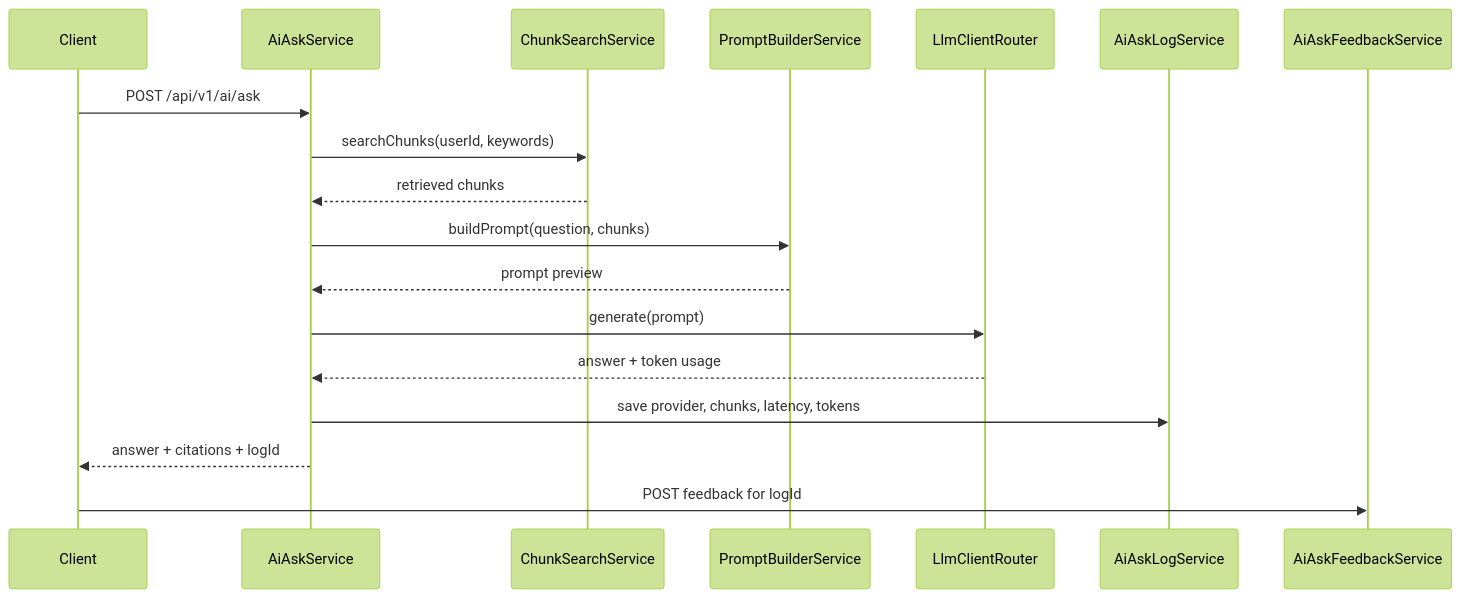
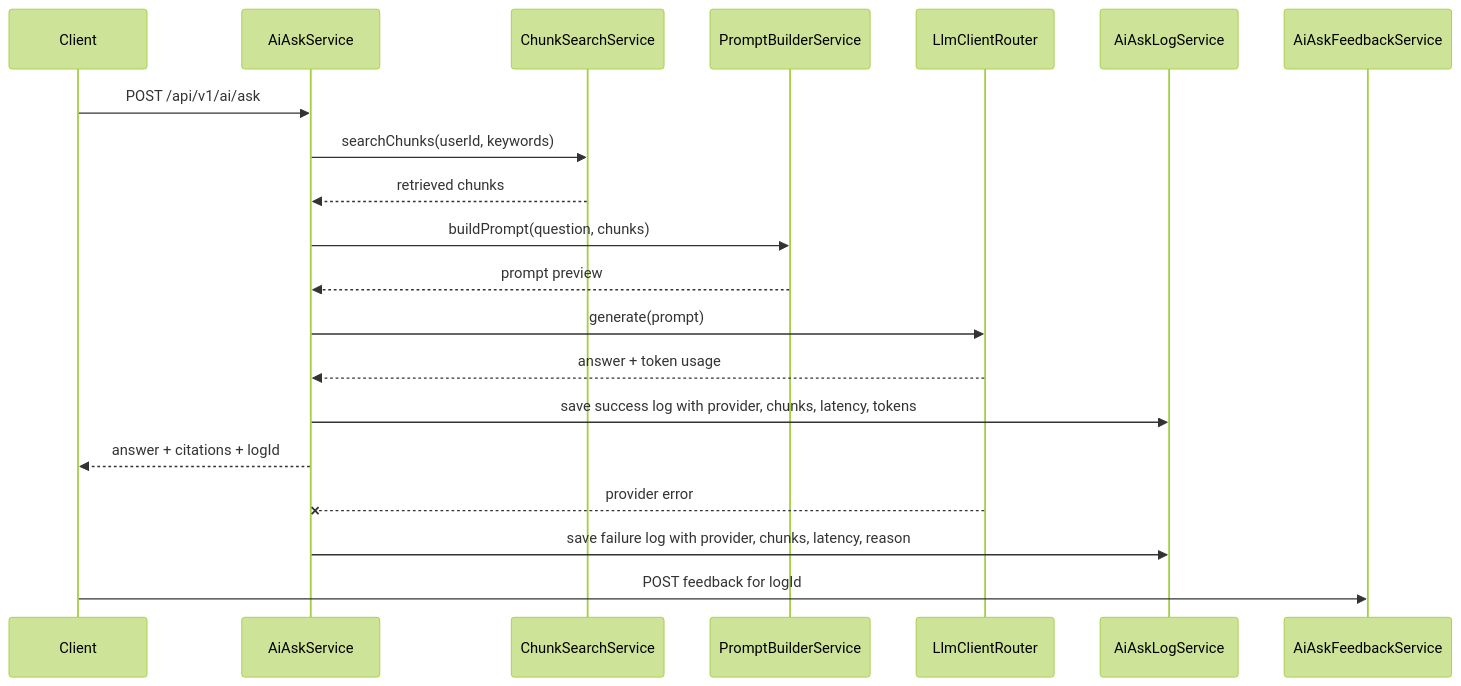
The second of 2 diagrams in backend/README.md (wwjorker/devmind), drawn with Mermaid (forest theme) before and after one commit. The commit also changed other lines of this file and 5 other files, not shown here.

````diff
--- a/backend/README.md
+++ b/backend/README.md
@@ -104,21 +104,23 @@
 ```mermaid
 sequenceDiagram
     participant Client
     participant AI as AiAskService
     participant Search as ChunkSearchService
     participant Prompt as PromptBuilderService
     participant LLM as LlmClientRouter
     participant Log as AiAskLogService
     participant Feedback as AiAskFeedbackService
 
     Client->>AI: POST /api/v1/ai/ask
     AI->>Search: searchChunks(userId, keywords)
     Search-->>AI: retrieved chunks
     AI->>Prompt: buildPrompt(question, chunks)
     Prompt-->>AI: prompt preview
     AI->>LLM: generate(prompt)
     LLM-->>AI: answer + token usage
-    AI->>Log: save provider, chunks, latency, tokens
+    AI->>Log: save success log with provider, chunks, latency, tokens
     AI-->>Client: answer + citations + logId
+    LLM--xAI: provider error
+    AI->>Log: save failure log with provider, chunks, latency, reason
     Client->>Feedback: POST feedback for logId
 ```
````
